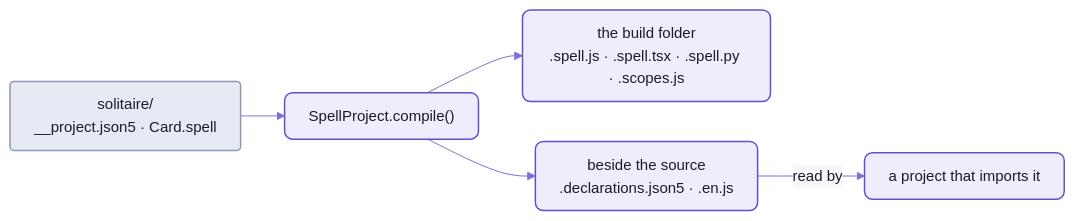
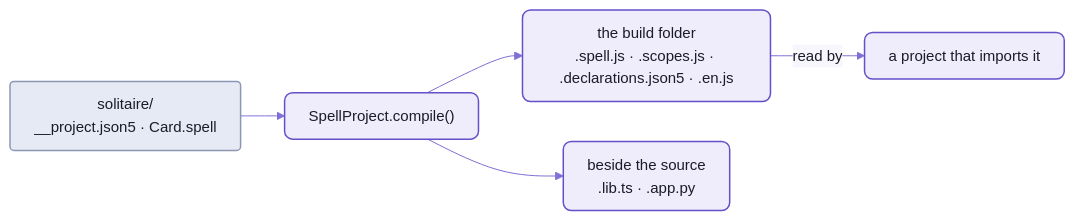
One commit to spell-app/spell changed the second of 2 diagrams in parser/README-spell.md. Above: the diagram before and after it, drawn with Mermaid. The commit also changed other lines of this file and 6 other files, not shown here.

Commit message:
elemental-spell P4:  Declarations in Build -- a project's <Project>.declarations.json5 and words files are built files in build/, beside its .spell.js, built before they're read;  the 48 committed copies are gone, so compiles, tests and README runs no longer leave strays in a checkout

````diff
--- a/parser/README-spell.md
+++ b/parser/README-spell.md
@@ -479,12 +479,12 @@
 ```mermaid
 %%{init: {"theme":"base","themeVariables":{"fontFamily":"-apple-system, BlinkMacSystemFont, Segoe UI, Helvetica, Arial, sans-serif","fontSize":"15px","primaryColor":"#EFECFB","primaryBorderColor":"#6550CA","primaryTextColor":"#1A1C27","secondaryColor":"#F4F1E9","tertiaryColor":"#F7F6FC","lineColor":"#7F6FD6","textColor":"#7F6FD6","clusterBkg":"#F7F6FC","clusterBorder":"#B9B0E8","titleColor":"#1A1C27","edgeLabelBackground":"#F7F6FC","actorBkg":"#EFECFB","actorBorder":"#6550CA","actorTextColor":"#1A1C27","actorLineColor":"#9C90DE","signalColor":"#7F6FD6","signalTextColor":"#7F6FD6","labelBoxBkgColor":"#EFECFB","labelBoxBorderColor":"#6550CA","labelTextColor":"#1A1C27","loopTextColor":"#7F6FD6","noteBkgColor":"#F1E7D4","noteBorderColor":"#C9B48A","noteTextColor":"#1A1C27","activationBkgColor":"#DCD6F7","activationBorderColor":"#6550CA","sequenceNumberColor":"#FFFFFF"},"flowchart":{"curve":"basis","padding":12,"nodeSpacing":40,"rankSpacing":44}}}%%
 flowchart LR
   project["solitaire/<br/>__project.json5 · Card.spell"] --> compile["SpellProject.compile()"]
-  compile --> build["the build folder<br/>.spell.js · .spell.tsx · .spell.py · .scopes.js"]
-  compile --> beside["beside the source<br/>.declarations.json5 · .en.js"]
-  beside -->|read by| importer["a project that imports it"]
+  compile --> build["the build folder<br/>.spell.js · .scopes.js · .declarations.json5 · .en.js"]
+  build -->|read by| importer["a project that imports it"]
+  compile --> beside["beside the source<br/>.lib.ts · .app.py"]
   %% the Spell look:  yarn mermaid:pretty
   classDef default fill:#EFECFB,stroke:#6550CA,stroke-width:1.5px,color:#1A1C27,rx:8px,ry:8px
   classDef folder fill:#E6EAF5,stroke:#8E96B5,stroke-width:1.5px,color:#1A1C27,rx:4px,ry:4px
   class project folder
 ```
````
